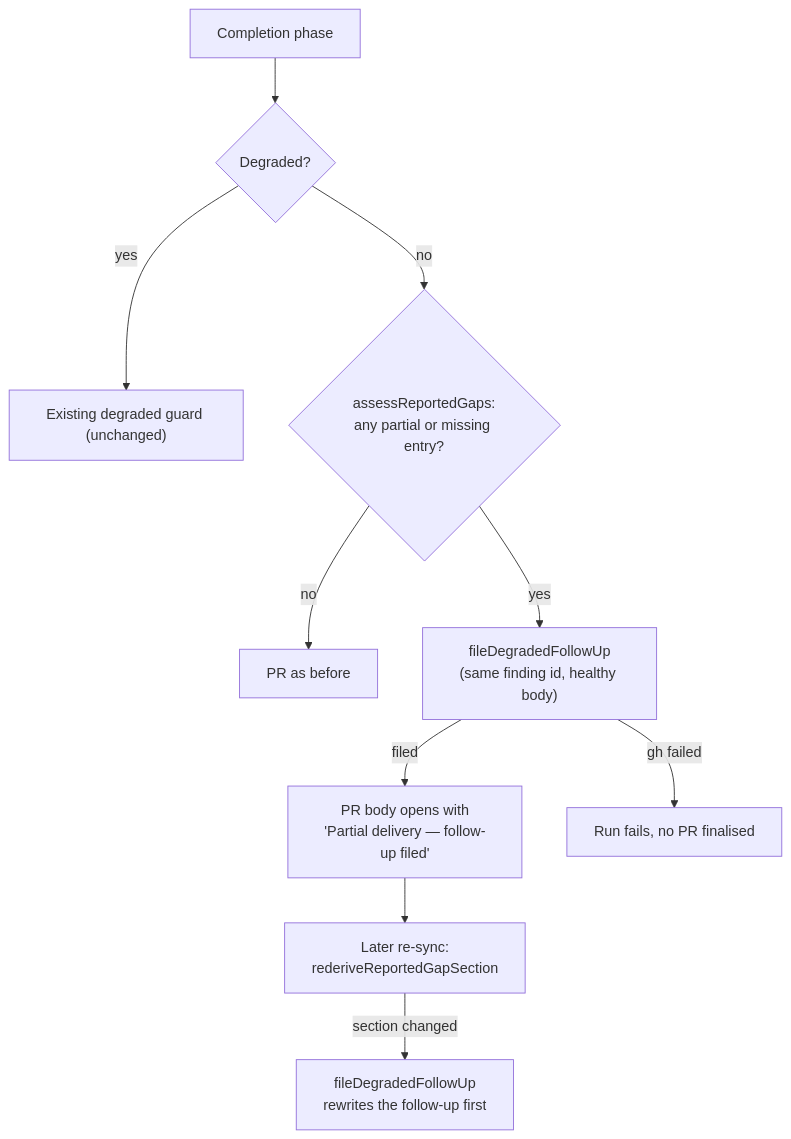
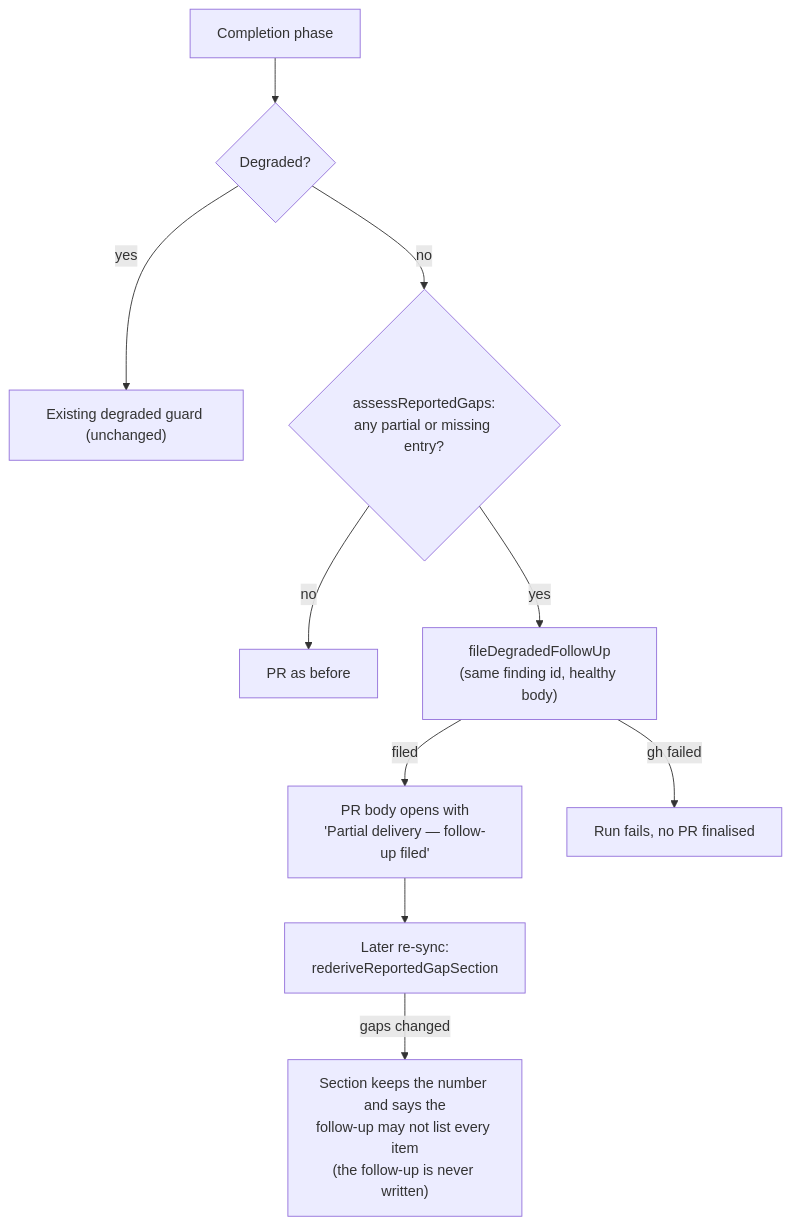
The diagram in docs/archive/pr-summaries/pr-summary-3506.md (stSoftwareAU/VibeCoder), drawn with Mermaid before and after one commit. The commit also changed other lines of this file and 6 other files, not shown here.

````diff
--- a/docs/archive/pr-summaries/pr-summary-3506.md
+++ b/docs/archive/pr-summaries/pr-summary-3506.md
@@ -54,12 +54,12 @@
 ```mermaid
 flowchart TD
     R["Completion phase"] --> D{"Degraded?"}
     D -- yes --> G["Existing degraded guard (unchanged)"]
     D -- no --> H{"assessReportedGaps:<br/>any partial or missing entry?"}
     H -- no --> P["PR as before"]
     H -- yes --> F["fileDegradedFollowUp<br/>(same finding id, healthy body)"]
     F -- filed --> S["PR body opens with<br/>'Partial delivery — follow-up filed'"]
     F -- "gh failed" --> X["Run fails, no PR finalised"]
     S --> Y["Later re-sync:<br/>rederiveReportedGapSection"]
-    Y -- "section changed" --> U["fileDegradedFollowUp<br/>rewrites the follow-up first"]
+    Y -- "gaps changed" --> U["Section keeps the number and says the<br/>follow-up may not list every item<br/>(the follow-up is never written)"]
 ```
````
